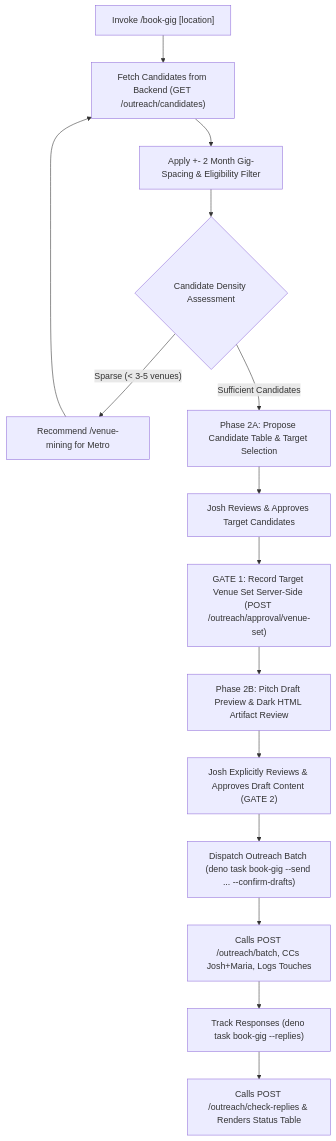
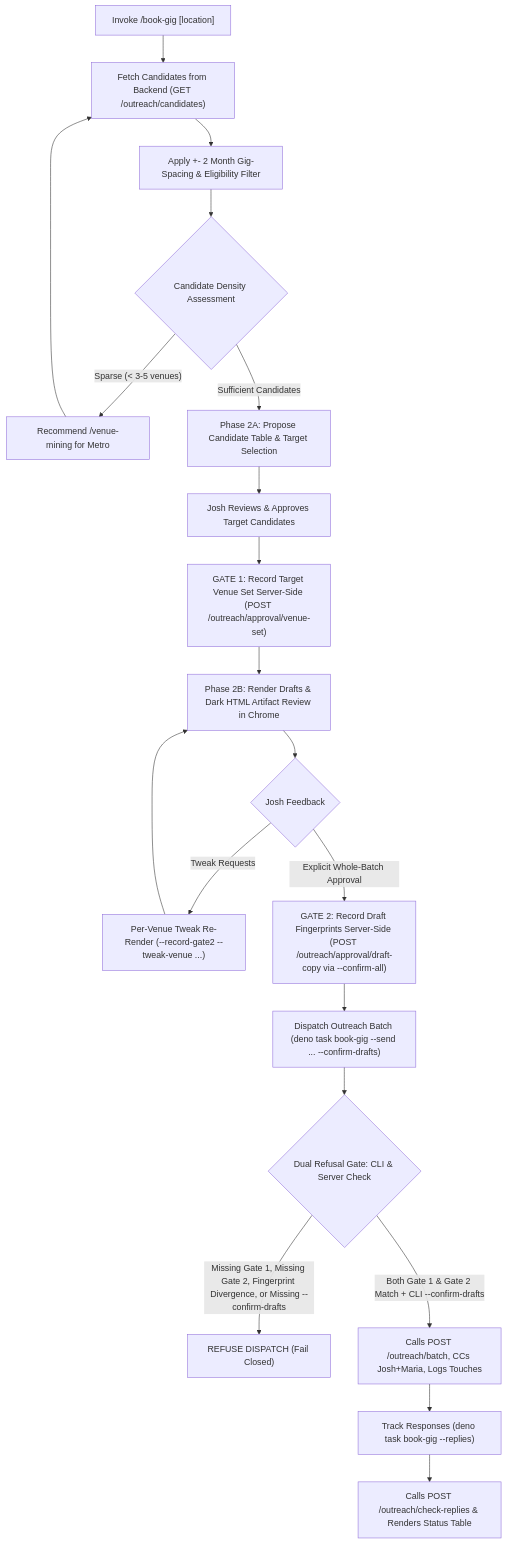
The diagram in skills/book-gig/SKILL.md (WebJamApps/web-jam-tools), drawn with Mermaid before and after one commit. The commit also changed other lines of this file and 2 other files, not shown here.

Commit message:
feat(book-gig): rewrite SKILL.md to define both gates, both refusals, and anti-inference rules

````diff
--- a/skills/book-gig/SKILL.md
+++ b/skills/book-gig/SKILL.md
@@ -44,17 +47,22 @@
 ```mermaid
 graph TD
     A["Invoke /book-gig <weekend> [location]"] --> B["Fetch Candidates from Backend (GET /outreach/candidates)"]
     B --> C["Apply +- 2 Month Gig-Spacing & Eligibility Filter"]
     C --> D{"Candidate Density Assessment"}
     D -- "Sparse (< 3-5 venues)" --> E["Recommend /venue-mining for Metro"]
     E --> B
     D -- "Sufficient Candidates" --> F["Phase 2A: Propose Candidate Table & Target Selection"]
     F --> G["Josh Reviews & Approves Target Candidates"]
     G --> G1["GATE 1: Record Target Venue Set Server-Side (POST /outreach/approval/venue-set)"]
-    G1 --> H["Phase 2B: Pitch Draft Preview & Dark HTML Artifact Review"]
-    H --> I["Josh Explicitly Reviews & Approves Draft Content (GATE 2)"]
+    G1 --> H["Phase 2B: Render Drafts & Dark HTML Artifact Review in Chrome"]
+    H --> H1{"Josh Feedback"}
+    H1 -- "Tweak Requests" --> H2["Per-Venue Tweak Re-Render (--record-gate2 --tweak-venue ...)"]
+    H2 --> H
+    H1 -- "Explicit Whole-Batch Approval" --> I["GATE 2: Record Draft Fingerprints Server-Side (POST /outreach/approval/draft-copy via --confirm-all)"]
     I --> J["Dispatch Outreach Batch (deno task book-gig --send ... --confirm-drafts)"]
-    J --> K["Calls POST /outreach/batch, CCs Josh+Maria, Logs Touches"]
-    K --> L["Track Responses (deno task book-gig --replies)"]
-    L --> M["Calls POST /outreach/check-replies & Renders Status Table"]
+    J --> K{"Dual Refusal Gate: CLI & Server Check"}
+    K -- "Missing Gate 1, Missing Gate 2, Fingerprint Divergence, or Missing --confirm-drafts" --> K1["REFUSE DISPATCH (Fail Closed)"]
+    K -- "Both Gate 1 & Gate 2 Match + CLI --confirm-drafts" --> L["Calls POST /outreach/batch, CCs Josh+Maria, Logs Touches"]
+    L --> M["Track Responses (deno task book-gig --replies)"]
+    M --> N["Calls POST /outreach/check-replies & Renders Status Table"]
 ```
````
